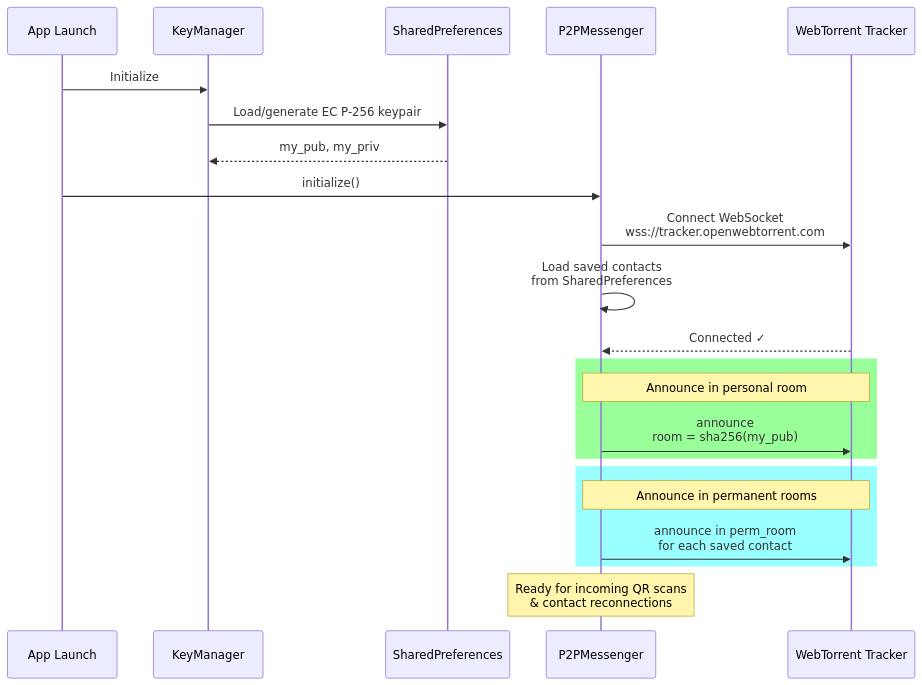
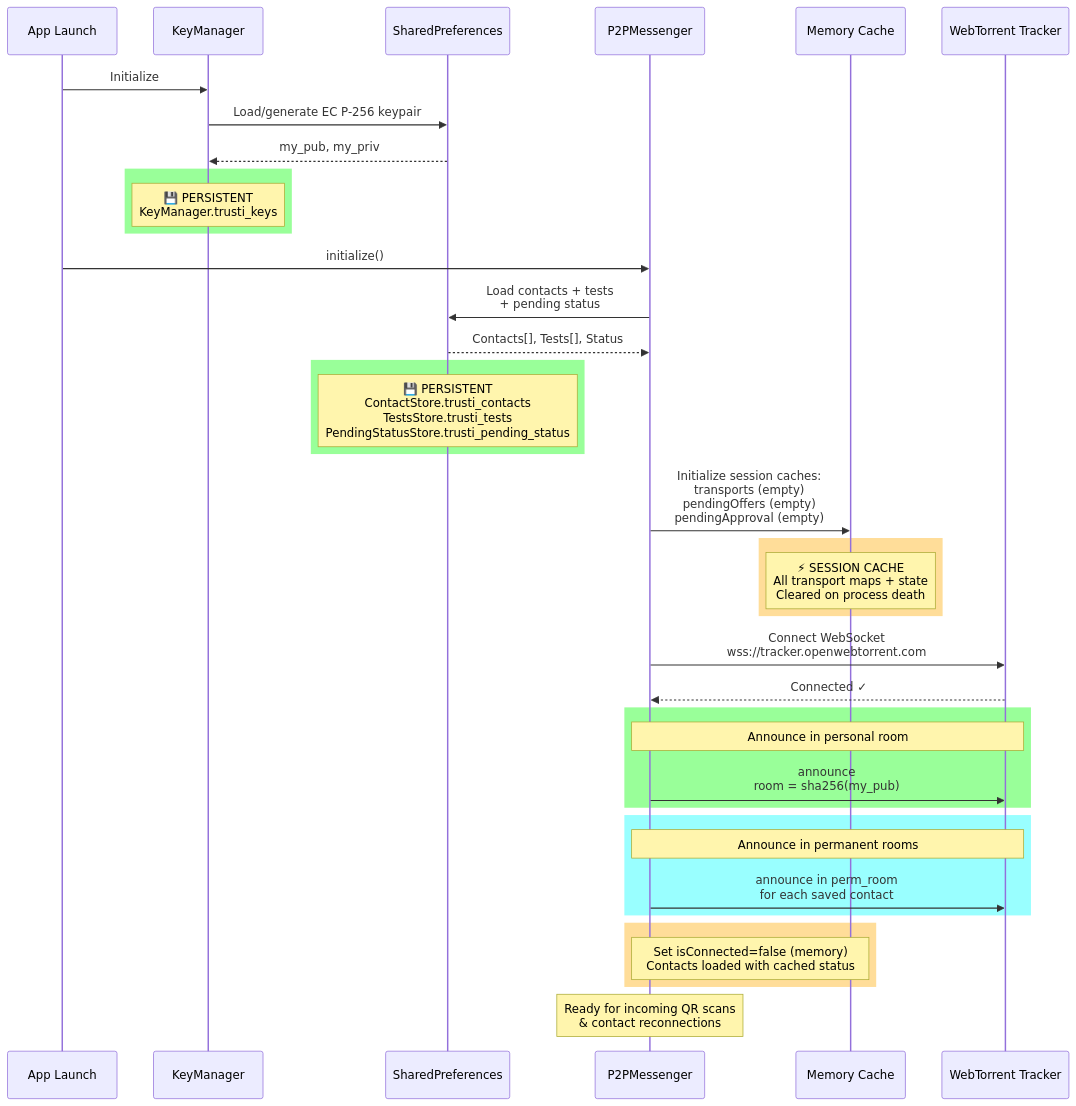
Before and after one commit to davidevecchi/TruSTI: the seventh of 8 diagrams in README.md, drawn with Mermaid. The commit also changed other lines of this file, not shown here.

````diff
--- a/README.md
+++ b/README.md
@@ -364,31 +397,51 @@
 ```mermaid
 sequenceDiagram
     participant App as App Launch
     participant KeyMgr as KeyManager
     participant SharedPref as SharedPreferences
     participant Messenger as P2PMessenger
+    participant Memory as Memory Cache
     participant Tracker as WebTorrent Tracker
 
     App->>KeyMgr: Initialize
     KeyMgr->>SharedPref: Load/generate EC P-256 keypair
     SharedPref-->>KeyMgr: my_pub, my_priv
 
+    rect rgba(0, 255, 0, 0.4)
+    Note over KeyMgr: 💾 PERSISTENT<br/>KeyManager.trusti_keys
+    end
+
     App->>Messenger: initialize()
+    Messenger->>SharedPref: Load contacts + tests<br/>+ pending status
+    SharedPref-->>Messenger: Contacts[], Tests[], Status
+
+    rect rgba(0, 255, 0, 0.4)
+    Note over SharedPref: 💾 PERSISTENT<br/>ContactStore.trusti_contacts<br/>TestsStore.trusti_tests<br/>PendingStatusStore.trusti_pending_status
+    end
+
+    Messenger->>Memory: Initialize session caches:<br/>transports (empty)<br/>pendingOffers (empty)<br/>pendingApproval (empty)
+
+    rect rgba(255, 170, 0, 0.4)
+    Note over Memory: ⚡ SESSION CACHE<br/>All transport maps + state<br/>Cleared on process death
+    end
+
     Messenger->>Tracker: Connect WebSocket<br/>wss://tracker.openwebtorrent.com
-
-    Messenger->>Messenger: Load saved contacts<br/>from SharedPreferences
 
     Tracker-->>Messenger: Connected ✓
 
     rect rgba(0, 255, 0, 0.4)
     Note over Messenger,Tracker: Announce in personal room
     Messenger->>Tracker: announce<br/>room = sha256(my_pub)
     end
 
     rect rgba(0, 255, 255, 0.4)
     Note over Messenger,Tracker: Announce in permanent rooms
     Messenger->>Tracker: announce in perm_room<br/>for each saved contact
     end
 
+    rect rgba(255, 170, 0, 0.4)
+    Note over Messenger,Memory: Set isConnected=false (memory)<br/>Contacts loaded with cached status
+    end
+
     Note over Messenger: Ready for incoming QR scans<br/>& contact reconnections
 ```
````
